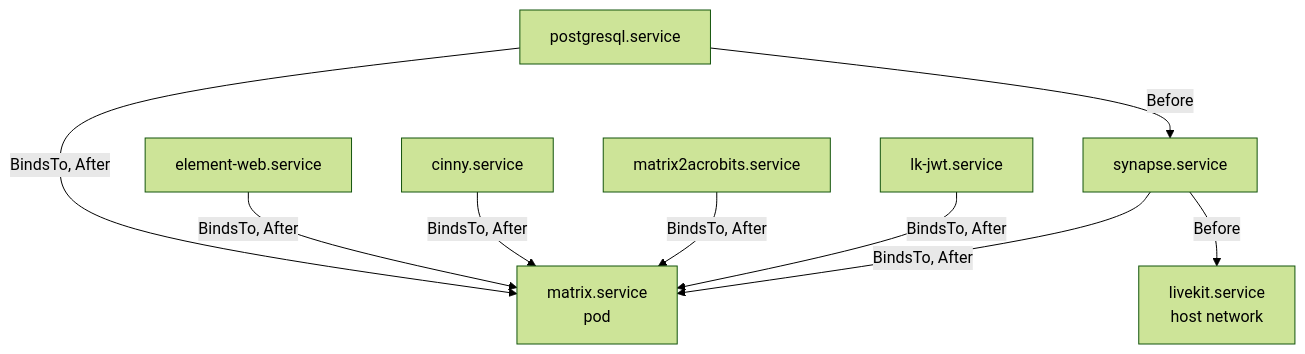
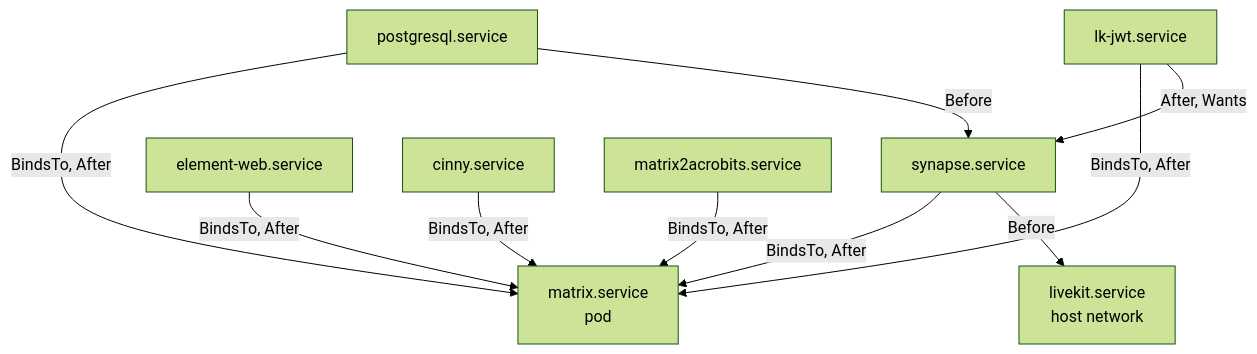
The third of 5 diagrams in docs/architecture.md (NethServer/ns8-matrix), drawn with Mermaid (forest theme) before and after one commit. The commit also changed other lines of this file and 1 other file, not shown here.

Commit message:
docs: draw LiveKit in the README and architecture diagrams

````diff
--- a/docs/architecture.md
+++ b/docs/architecture.md
@@ -89,19 +122,20 @@
 ```mermaid
 flowchart TB
     MX[matrix.service<br/>pod]
     PG[postgresql.service]
     SY[synapse.service]
     EW[element-web.service]
     CI[cinny.service]
     MA[matrix2acrobits.service]
     LJ[lk-jwt.service]
     LK[livekit.service<br/>host network]
     PG -- "BindsTo, After" --> MX
     SY -- "BindsTo, After" --> MX
     EW -- "BindsTo, After" --> MX
     CI -- "BindsTo, After" --> MX
     MA -- "BindsTo, After" --> MX
     LJ -- "BindsTo, After" --> MX
+    LJ -- "After, Wants" --> SY
     SY -- "Before" --> LK
     PG -- "Before" --> SY
 ```
````
